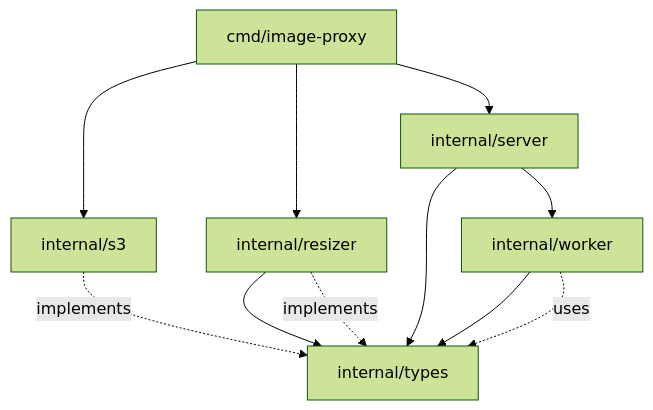
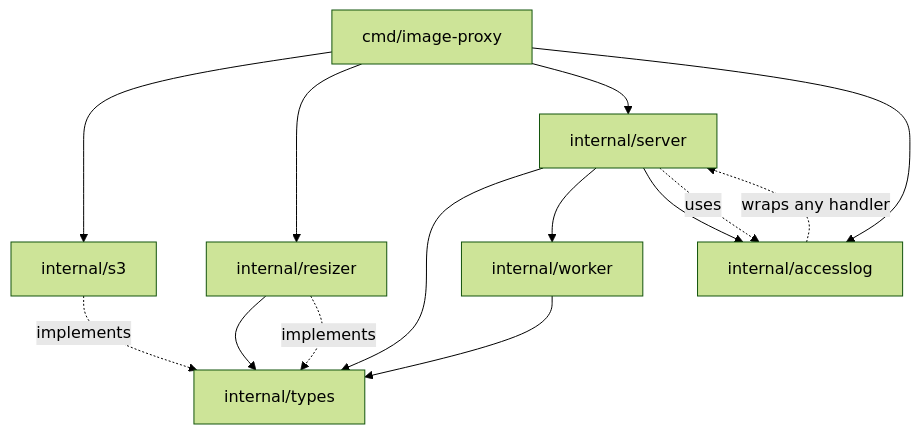
Before and after one commit to Archanium/image-s3-proxy: the fourth of 4 diagrams in draft/architecture.md, drawn with Mermaid (forest theme). The commit also changed other lines of this file and 11 other files, not shown here.

First line of the commit message:
chore: /draft:init refresh — sync architecture context to PRs #1-#4

````diff
--- a/draft/architecture.md
+++ b/draft/architecture.md
@@ -227,23 +337,28 @@
 ```mermaid
 graph TD
     main[cmd/image-proxy]
     s3pkg[internal/s3]
     resizer[internal/resizer]
     server[internal/server]
     worker[internal/worker]
     types[internal/types]
+    accesslog[internal/accesslog]
 
     main --> s3pkg
     main --> resizer
     main --> server
+    main --> accesslog
 
     server --> types
     server --> worker
+    server --> accesslog
 
     worker --> types
     resizer --> types
 
     s3pkg -.implements.-> types
     resizer -.implements.-> types
-    worker -.uses.-> types
+
+    server -. uses .-> accesslog
+    accesslog -. wraps any handler .-> server
 ```
````
